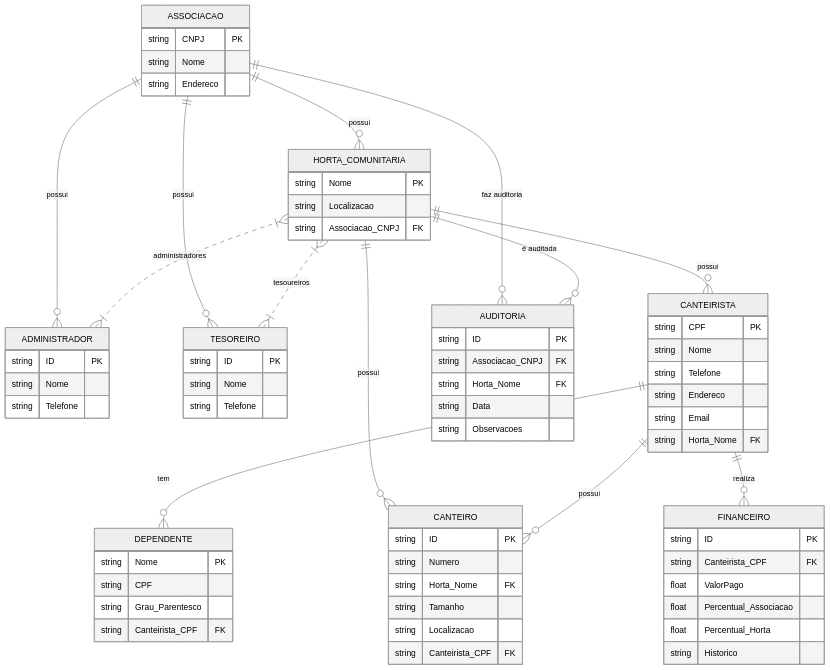
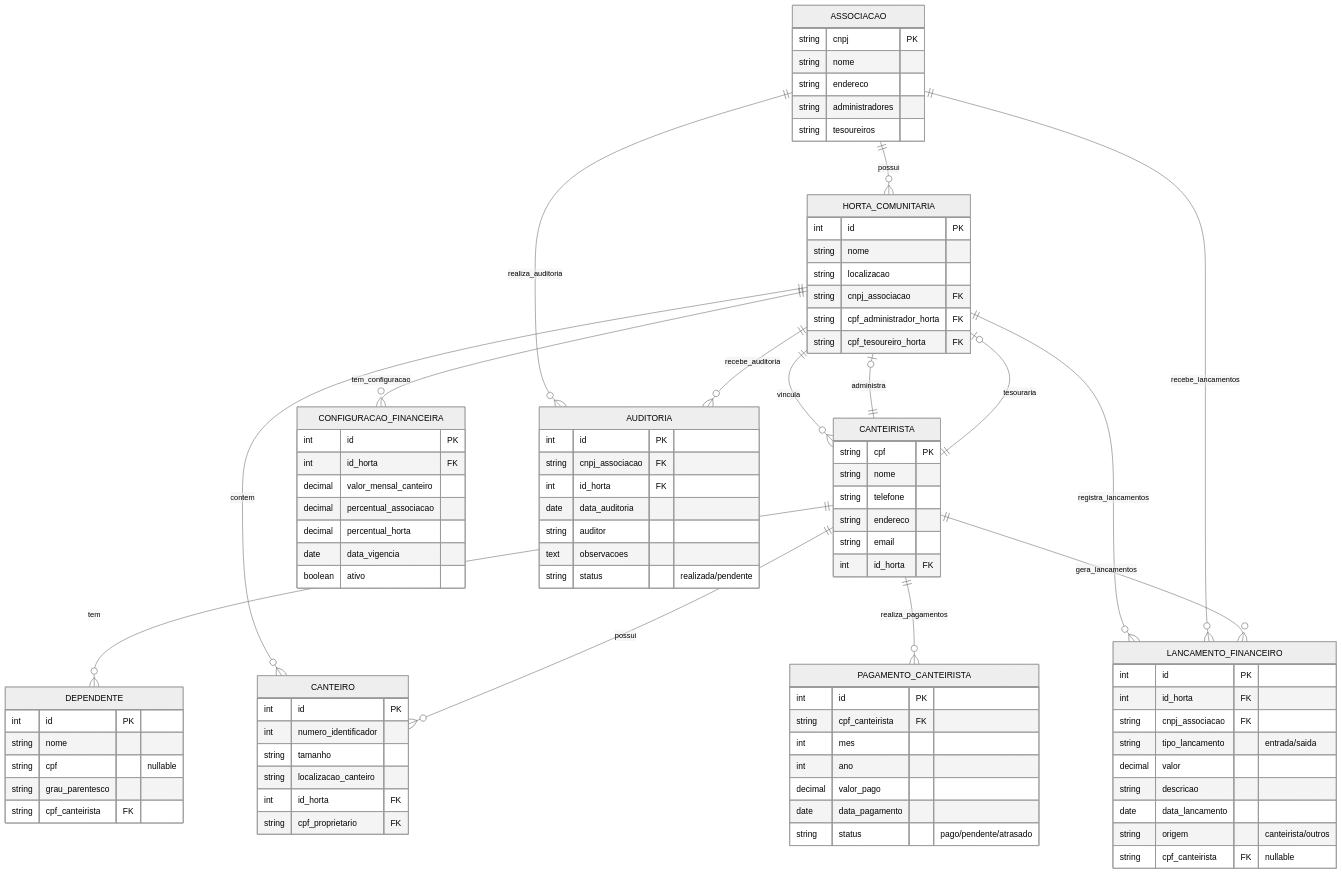
The diagram in README.md (gabrielguidini/horta), drawn with Mermaid (neutral theme) before and after one commit.

Commit message:
Refactor entity diagram in README.md

````diff
--- a/README.md
+++ b/README.md
@@ -1,76 +1,109 @@
 ```mermaid
 erDiagram
     ASSOCIACAO {
-        string CNPJ PK
-        string Nome
-        string Endereco
+        string cnpj PK
+        string nome
+        string endereco
+        string administradores
+        string tesoureiros
     }
+    
     HORTA_COMUNITARIA {
-        string Nome PK
-        string Localizacao
-        string Associacao_CNPJ FK
+        int id PK
+        string nome
+        string localizacao
+        string cnpj_associacao FK
+        string cpf_administrador_horta FK
+        string cpf_tesoureiro_horta FK
     }
-    ADMINISTRADOR {
-        string ID PK
-        string Nome
-        string Telefone
+    
+    CANTEIRISTA {
+        string cpf PK
+        string nome
+        string telefone
+        string endereco
+        string email
+        int id_horta FK
     }
-    TESOREIRO {
-        string ID PK
-        string Nome
-        string Telefone
+    
+    DEPENDENTE {
+        int id PK
+        string nome
+        string cpf "nullable"
+        string grau_parentesco
+        string cpf_canteirista FK
     }
-    CANTEIRISTA {
-        string CPF PK
-        string Nome
-        string Telefone
-        string Endereco
-        string Email
-        string Horta_Nome FK
+    
+    CANTEIRO {
+        int id PK
+        int numero_identificador
+        string tamanho
+        string localizacao_canteiro
+        int id_horta FK
+        string cpf_proprietario FK
     }
-    DEPENDENTE {
-        string Nome PK
-        string CPF
-        string Grau_Parentesco
-        string Canteirista_CPF FK
+    
+    CONFIGURACAO_FINANCEIRA {
+        int id PK
+        int id_horta FK
+        decimal valor_mensal_canteiro
+        decimal percentual_associacao
+        decimal percentual_horta
+        date data_vigencia
+        boolean ativo
     }
-    CANTEIRO {
-        string ID PK
-        string Numero
-        string Horta_Nome FK
-        string Tamanho
-        string Localizacao
-        string Canteirista_CPF FK
+    
+    LANCAMENTO_FINANCEIRO {
+        int id PK
+        int id_horta FK
+        string cnpj_associacao FK
+        string tipo_lancamento "entrada/saida"
+        decimal valor
+        string descricao
+        date data_lancamento
+        string origem "canteirista/outros"
+        string cpf_canteirista FK "nullable"
     }
-    FINANCEIRO {
-        string ID PK
-        string Canteirista_CPF FK
-        float ValorPago
-        float Percentual_Associacao
-        float Percentual_Horta
-        string Historico
+    
+    PAGAMENTO_CANTEIRISTA {
+        int id PK
+        string cpf_canteirista FK
+        int mes
+        int ano
+        decimal valor_pago
+        date data_pagamento
+        string status "pago/pendente/atrasado"
     }
+    
     AUDITORIA {
-        string ID PK
-        string Associacao_CNPJ FK
-        string Horta_Nome FK
-        string Data
-        string Observacoes
+        int id PK
+        string cnpj_associacao FK
+        int id_horta FK
+        date data_auditoria
+        string auditor
+        text observacoes
+        string status "realizada/pendente"
     }
 
-    ASSOCIACAO ||--o{ HORTA_COMUNITARIA : possui
-    ASSOCIACAO ||--o{ ADMINISTRADOR : possui
-    ASSOCIACAO ||--o{ TESOREIRO : possui
-
-    HORTA_COMUNITARIA }|..|{ ADMINISTRADOR : "administradores"
-    HORTA_COMUNITARIA }|..|{ TESOREIRO : "tesoureiros"
-    HORTA_COMUNITARIA ||--o{ CANTEIRISTA : "possui"
-    HORTA_COMUNITARIA ||--o{ CANTEIRO : "possui"
-
+    %% Relacionamentos principais
+    ASSOCIACAO ||--o{ HORTA_COMUNITARIA : "possui"
+    HORTA_COMUNITARIA ||--o{ CANTEIRISTA : "vincula"
     CANTEIRISTA ||--o{ DEPENDENTE : "tem"
+    HORTA_COMUNITARIA ||--o{ CANTEIRO : "contem"
     CANTEIRISTA ||--o{ CANTEIRO : "possui"
-    CANTEIRISTA ||--o{ FINANCEIRO : "realiza"
-
-    ASSOCIACAO ||--o{ AUDITORIA : "faz auditoria"
-    HORTA_COMUNITARIA ||--o{ AUDITORIA : "é auditada"
+    
+    %% Relacionamentos financeiros
+    HORTA_COMUNITARIA ||--o{ CONFIGURACAO_FINANCEIRA : "tem_configuracao"
+    HORTA_COMUNITARIA ||--o{ LANCAMENTO_FINANCEIRO : "registra_lancamentos"
+    ASSOCIACAO ||--o{ LANCAMENTO_FINANCEIRO : "recebe_lancamentos"
+    CANTEIRISTA ||--o{ PAGAMENTO_CANTEIRISTA : "realiza_pagamentos"
+    CANTEIRISTA ||--o{ LANCAMENTO_FINANCEIRO : "gera_lancamentos"
+    
+    %% Relacionamentos de administração
+    CANTEIRISTA ||--o| HORTA_COMUNITARIA : "administra"
+    CANTEIRISTA ||--o| HORTA_COMUNITARIA : "tesouraria"
+    
+    %% Relacionamentos de auditoria
+    ASSOCIACAO ||--o{ AUDITORIA : "realiza_auditoria"
+    HORTA_COMUNITARIA ||--o{ AUDITORIA : "recebe_auditoria"
 ```
````
